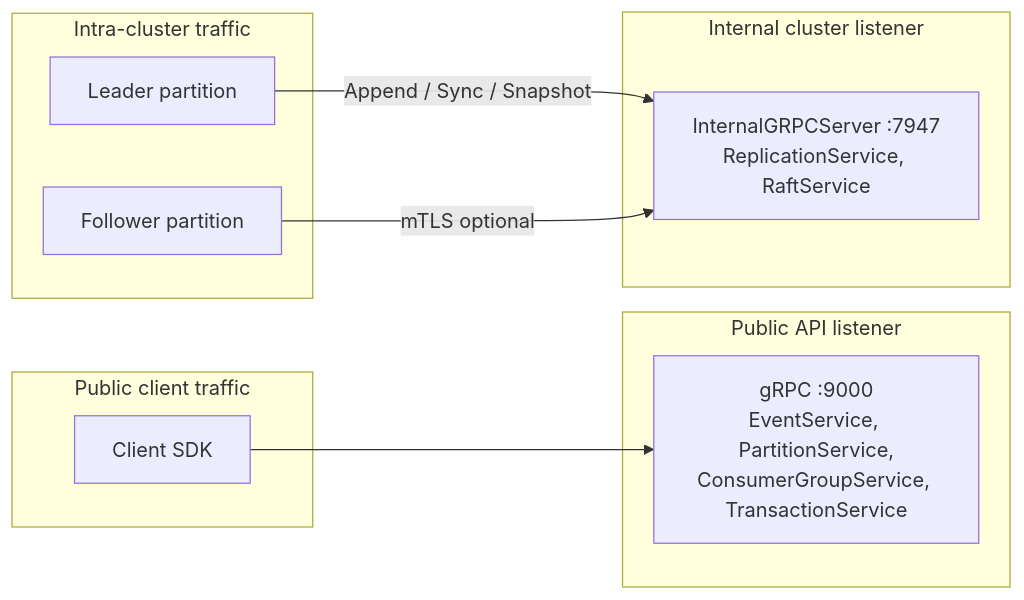
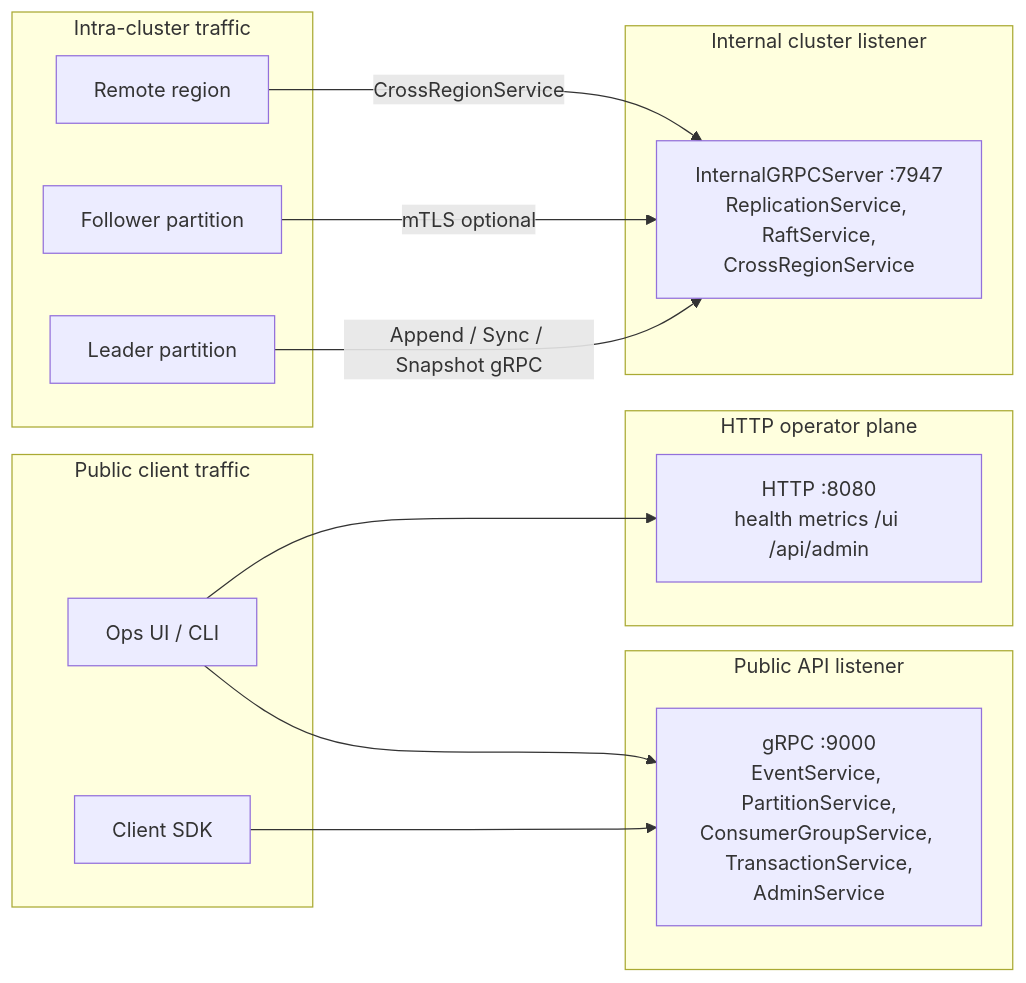
One commit to jatin711-debug/cronos_db_golang changed diagram 36 of 47 in ARCHITECTURE.md. Above: the diagram before and after it, drawn with Mermaid. The commit also changed other lines of this file and 24 other files, not shown here.

First line of the commit message:
docs: align architecture docs and mermaid with current runtime

````diff
--- a/ARCHITECTURE.md
+++ b/ARCHITECTURE.md
@@ -1067,16 +1079,22 @@
 ```mermaid
 graph LR
     subgraph "Public API listener"
-      PUB[gRPC :9000<br/>EventService, PartitionService,<br/>ConsumerGroupService, TransactionService]
+      PUB[gRPC :9000<br/>EventService, PartitionService,<br/>ConsumerGroupService, TransactionService,<br/>AdminService]
     end
     subgraph "Internal cluster listener"
-      INT[InternalGRPCServer :7947<br/>ReplicationService, RaftService]
+      INT[InternalGRPCServer :7947<br/>ReplicationService, RaftService,<br/>CrossRegionService]
+    end
+    subgraph "HTTP operator plane"
+      HTTP[HTTP :8080<br/>health metrics /ui /api/admin]
     end
     subgraph "Public client traffic"
       C[Client SDK] --> PUB
+      O[Ops UI / CLI] --> HTTP
+      O --> PUB
     end
     subgraph "Intra-cluster traffic"
-      L[Leader partition] -->|Append / Sync / Snapshot| INT
+      L[Leader partition] -->|Append / Sync / Snapshot gRPC| INT
       F[Follower partition] -->|mTLS optional| INT
+      R[Remote region] -->|CrossRegionService| INT
     end
 ```
````
